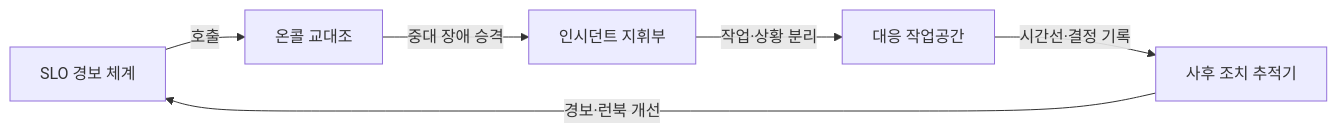
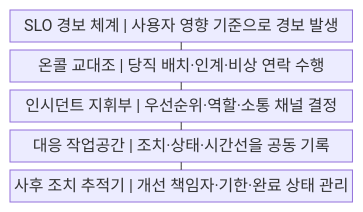
The first of 2 diagrams in src/content/docs/notes/03-software/214_sre_oncall_incident_management.md (agnusdei1207/knowledge-base), drawn with Mermaid before and after one commit. The commit also changed other lines of this file and 20 other files, not shown here.

````diff
--- a/src/content/docs/notes/03-software/214_sre_oncall_incident_management.md
+++ b/src/content/docs/notes/03-software/214_sre_oncall_incident_management.md
@@ -52,8 +52,13 @@
 ```mermaid
-flowchart LR
-    A["SLO 경보 체계"] -->|호출| B["온콜 교대조"]
-    B -->|중대 장애 승격| C["인시던트 지휘부"]
-    C -->|작업·상황 분리| D["대응 작업공간"]
-    D -->|시간선·결정 기록| E["사후 조치 추적기"]
-    E -->|경보·런북 개선| A
+block
+    columns 1
+    A["SLO 경보 체계 | 사용자 영향 기준으로 경보 발생"]
+    B["온콜 교대조 | 당직 배치·인계·비상 연락 수행"]
+    C["인시던트 지휘부 | 우선순위·역할·소통 채널 결정"]
+    D["대응 작업공간 | 조치·상태·시간선을 공동 기록"]
+    E["사후 조치 추적기 | 개선 책임자·기한·완료 상태 관리"]
+    A --- B
+    B --- C
+    C --- D
+    D --- E
 ```
````
